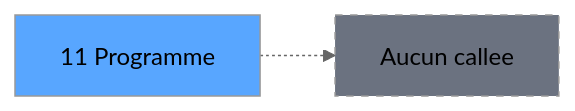
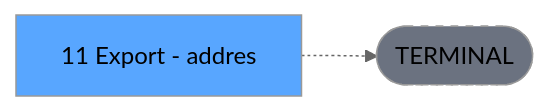
One commit to thonyAGP/lecteur-magic changed the third of 3 diagrams in .openspec/specs/ADH-IDE-11.md. Above: the diagram before and after it, drawn with Mermaid (neutral theme). The commit also changed other lines of this file and 701 other files, not shown here.

````diff
--- a/.openspec/specs/ADH-IDE-11.md
+++ b/.openspec/specs/ADH-IDE-11.md
@@ -138,8 +136,8 @@
 ```mermaid
 graph LR
-    T[11 Programme]
-    NONE[Aucun callee]
-    T -.-> NONE
+    T[11 Export - addres]
+    TERM([TERMINAL])
+    T -.-> TERM
+    style TERM fill:#6b7280,stroke-dasharray: 5 5
     style T fill:#58a6ff,color:#000
-    style NONE fill:#6b7280,stroke-dasharray: 5 5
 ```
````
